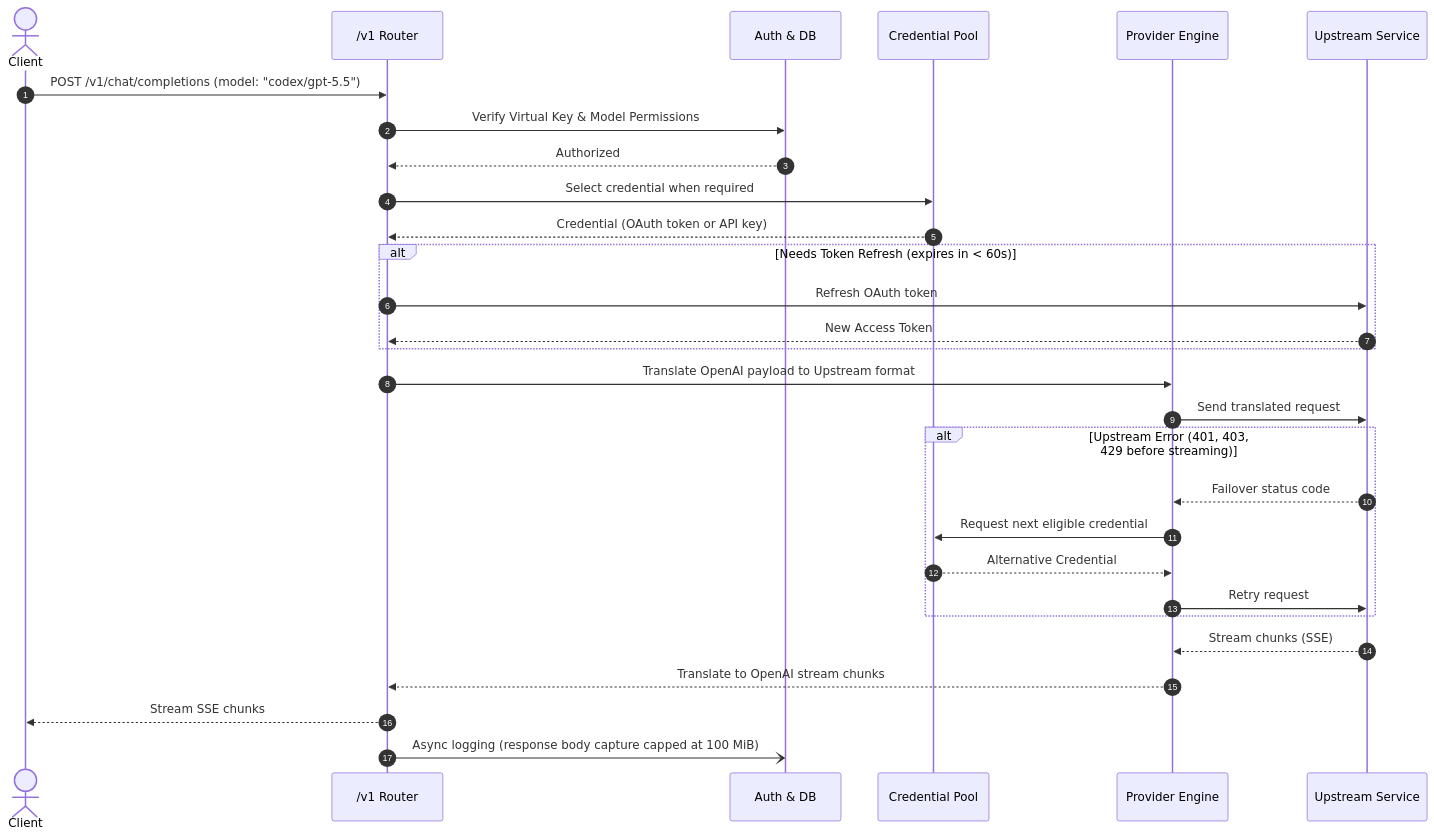
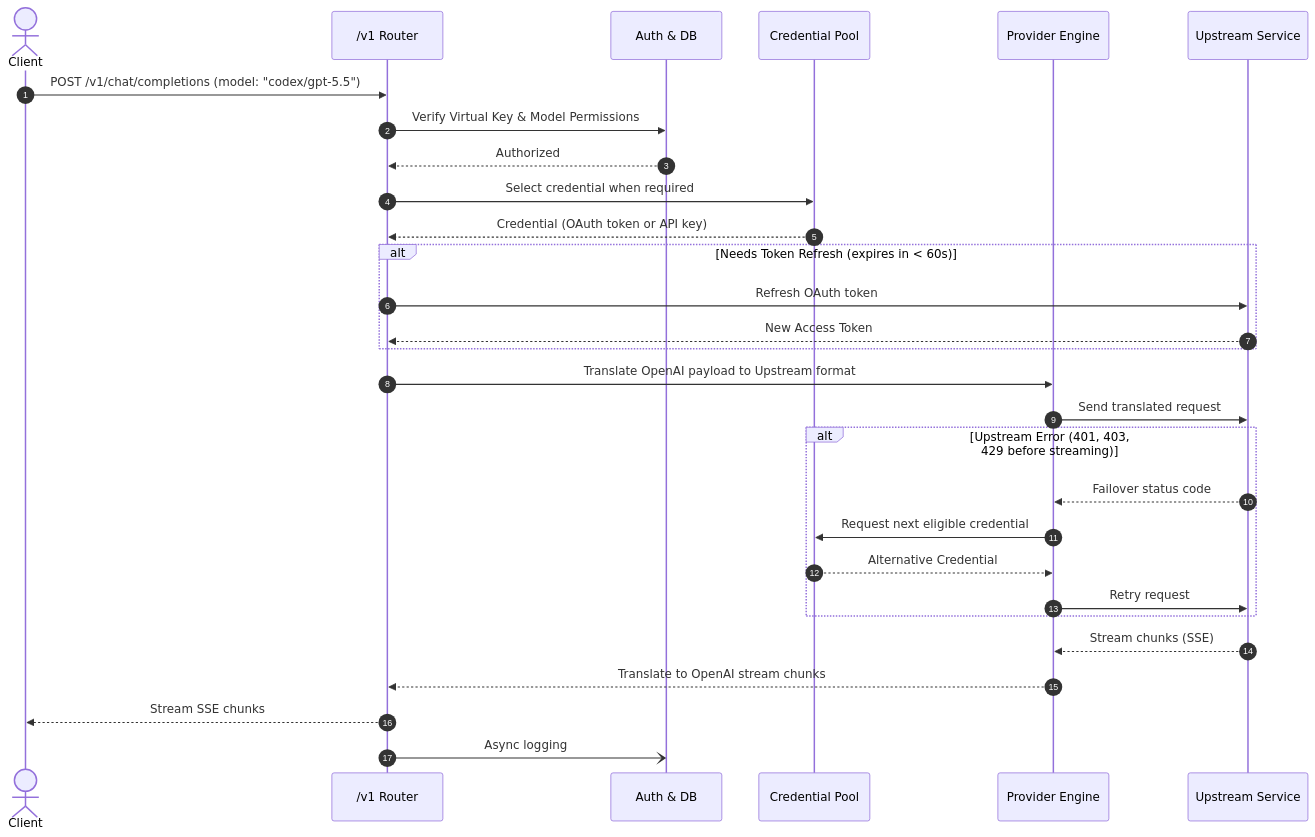
One commit to Delnegend/zero-g changed the second of 2 diagrams in docs/architecture.md. Above: the diagram before and after it, drawn with Mermaid. The commit also changed other lines of this file and 7 other files, not shown here.

````diff
--- a/docs/architecture.md
+++ b/docs/architecture.md
@@ -62,36 +64,36 @@
 ```mermaid
 sequenceDiagram
     autonumber
     actor Client
     participant V1 as /v1 Router
     participant Auth as Auth & DB
     participant Pool as Credential Pool
     participant Engine as Provider Engine
     participant Upstream as Upstream Service
 
     Client->>V1: POST /v1/chat/completions (model: "codex/gpt-5.5")
     V1->>Auth: Verify Virtual Key & Model Permissions
     Auth-->>V1: Authorized
     V1->>Pool: Select credential when required
     Pool-->>V1: Credential (OAuth token or API key)
     
     alt Needs Token Refresh (expires in < 60s)
         V1->>Upstream: Refresh OAuth token
         Upstream-->>V1: New Access Token
     end
 
     V1->>Engine: Translate OpenAI payload to Upstream format
     Engine->>Upstream: Send translated request
     
     alt Upstream Error (401, 403, 429 before streaming)
         Upstream-->>Engine: Failover status code
         Engine->>Pool: Request next eligible credential
         Pool-->>Engine: Alternative Credential
         Engine->>Upstream: Retry request
     end
 
     Upstream-->>Engine: Stream chunks (SSE)
     Engine-->>V1: Translate to OpenAI stream chunks
     V1-->>Client: Stream SSE chunks
-    V1-)Auth: Async logging (response body capture capped at 100 MiB)
+    V1-)Auth: Async logging
 ```
````
